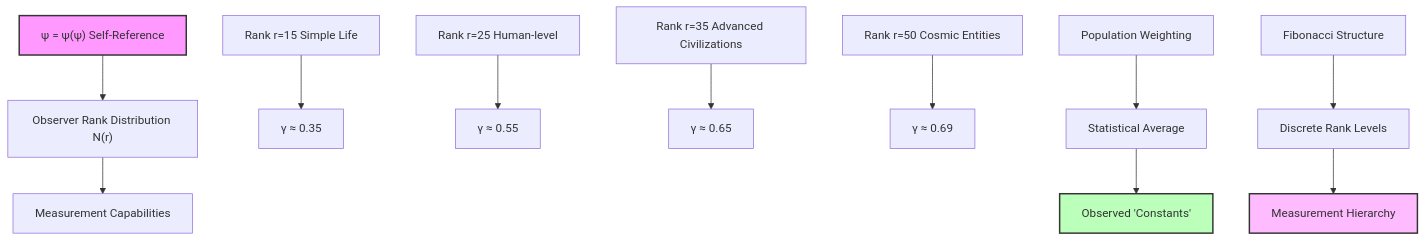
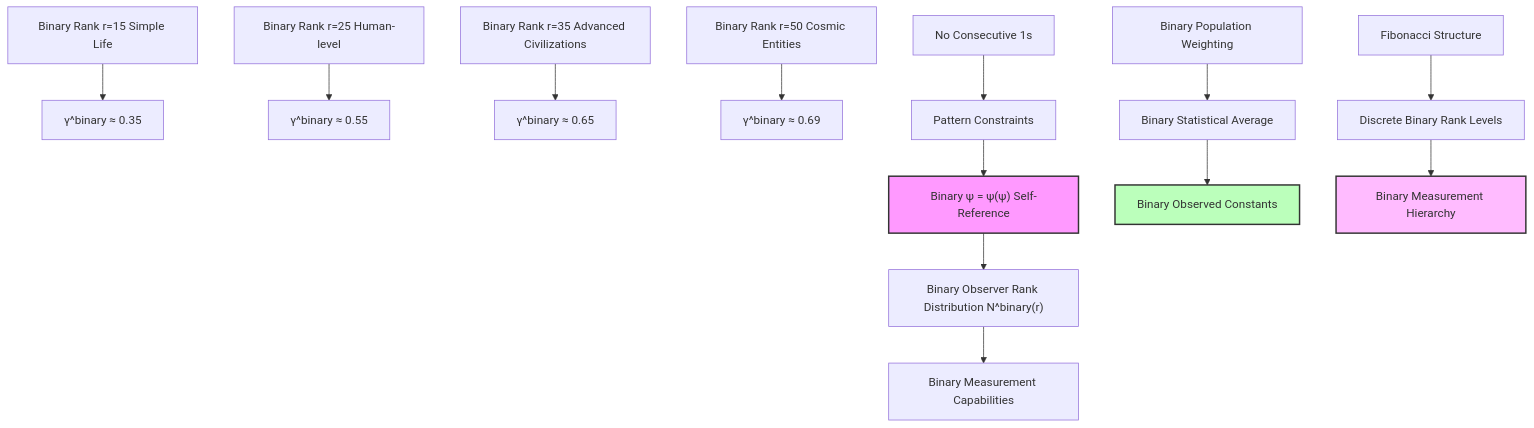
Before and after one commit to loning/the-phys: the first of 3 diagrams in docs/psi-constants/part-04-collapse-cosmology/chapter-063-statistical-collapse-constants-observer-populations.md, drawn with Mermaid. The commit also changed other lines of this file and 3 other files, not shown here.

````diff
--- a/docs/psi-constants/part-04-collapse-cosmology/chapter-063-statistical-collapse-constants-observer-populations.md
+++ b/docs/psi-constants/part-04-collapse-cosmology/chapter-063-statistical-collapse-constants-observer-populations.md
@@ -96,20 +109,23 @@
 ```mermaid
 graph TD
-    A["ψ = ψ(ψ) Self-Reference"] --> B["Observer Rank Distribution N(r)"]
-    B --> C["Measurement Capabilities"]
+    A["Binary ψ = ψ(ψ) Self-Reference"] --> B["Binary Observer Rank Distribution N^binary(r)"]
+    B --> C["Binary Measurement Capabilities"]
     
-    D["Rank r=15 Simple Life"] --> E["γ ≈ 0.35"]
-    F["Rank r=25 Human-level"] --> G["γ ≈ 0.55"]
-    H["Rank r=35 Advanced Civilizations"] --> I["γ ≈ 0.65"]
-    J["Rank r=50 Cosmic Entities"] --> K["γ ≈ 0.69"]
+    D["Binary Rank r=15 Simple Life"] --> E["γ^binary ≈ 0.35"]
+    F["Binary Rank r=25 Human-level"] --> G["γ^binary ≈ 0.55"]
+    H["Binary Rank r=35 Advanced Civilizations"] --> I["γ^binary ≈ 0.65"]
+    J["Binary Rank r=50 Cosmic Entities"] --> K["γ^binary ≈ 0.69"]
     
-    L["Population Weighting"] --> M["Statistical Average"]
-    M --> N["Observed 'Constants'"]
+    L["Binary Population Weighting"] --> M["Binary Statistical Average"]
+    M --> N["Binary Observed Constants"]
     
-    O["Fibonacci Structure"] --> P["Discrete Rank Levels"]
-    P --> Q["Measurement Hierarchy"]
+    O["Fibonacci Structure"] --> P["Discrete Binary Rank Levels"]
+    P --> Q["Binary Measurement Hierarchy"]
+    
+    R["No Consecutive 1s"] --> S["Pattern Constraints"]
+    S --> A
     
     style A fill:#f9f,stroke:#333,stroke-width:2px
     style N fill:#bfb,stroke:#333,stroke-width:2px
     style Q fill:#fbf,stroke:#333,stroke-width:2px
 ```
````
